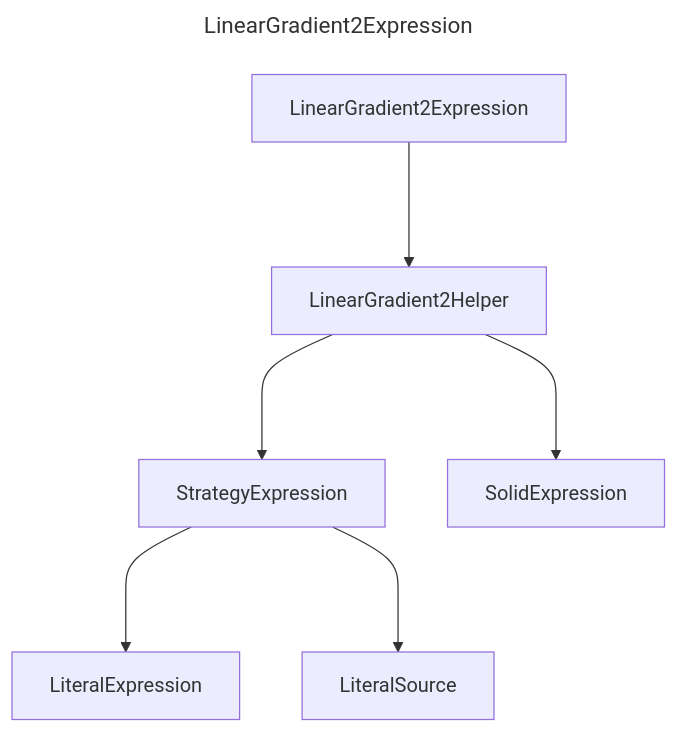
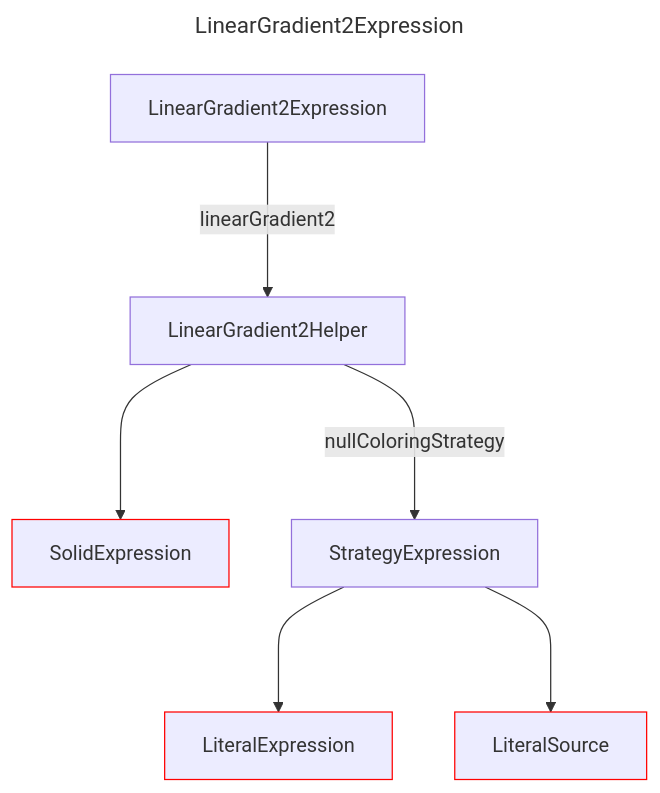
Before and after one commit to douglassimonsen/pbi_core: the diagram in docs/docs/layout/erd/LinearGradient2Expression.md, drawn with Mermaid. The commit also changed 77 other files, not shown here.

Commit message:
Updated to color code the layout ERD

````diff
--- a/docs/docs/layout/erd/LinearGradient2Expression.md
+++ b/docs/docs/layout/erd/LinearGradient2Expression.md
@@ -1,17 +1,20 @@
 ```mermaid
 ---
 title: LinearGradient2Expression
 ---
 graph 
-2721641870560["StrategyExpression"]
-2721641835424["LiteralExpression"]
-2721641860800["LinearGradient2Helper"]
-2721642022816["LiteralSource"]
-2721641858848["LinearGradient2Expression"]
-2721641857872["SolidExpression"]
-2721641860800 ---> 2721641857872
-2721641870560 ---> 2721641835424
-2721641860800 ---> 2721641870560
-2721641858848 ---> 2721641860800
-2721641870560 ---> 2721642022816
+2430071896816["SolidExpression"]
+style 2430071896816 stroke:#ff0000,stroke-width:1px
+2430071906576["LinearGradient2Helper"]
+2430071816784["LiteralSource"]
+style 2430071816784 stroke:#ff0000,stroke-width:1px
+2430071920240["LinearGradient2Expression"]
+2430071909504["StrategyExpression"]
+2430071887056["LiteralExpression"]
+style 2430071887056 stroke:#ff0000,stroke-width:1px
+2430071920240 --->|linearGradient2| 2430071906576
+2430071909504 ---> 2430071887056
+2430071906576 --->|nullColoringStrategy| 2430071909504
+2430071906576 ---> 2430071896816
+2430071909504 ---> 2430071816784
 ```
````
